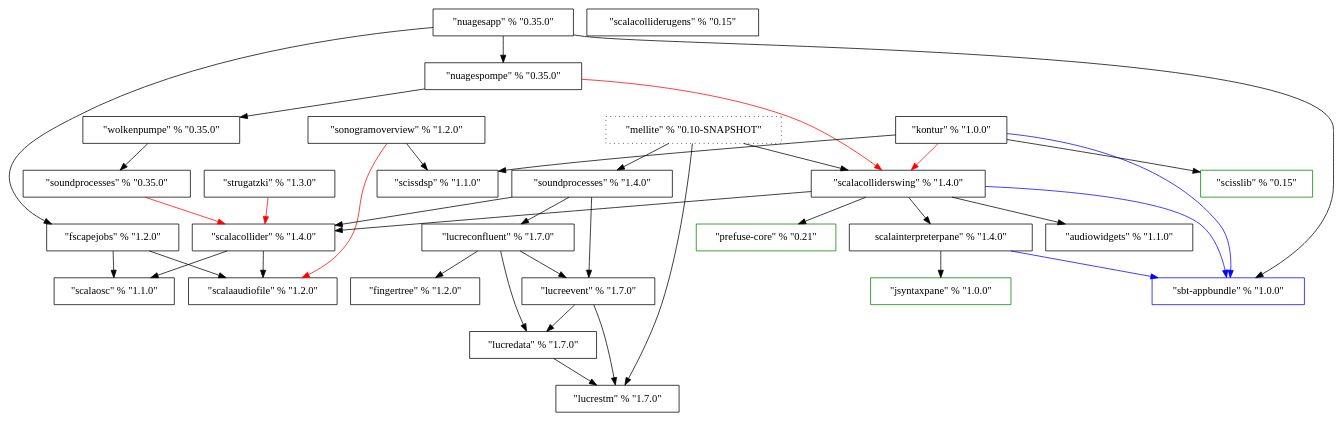
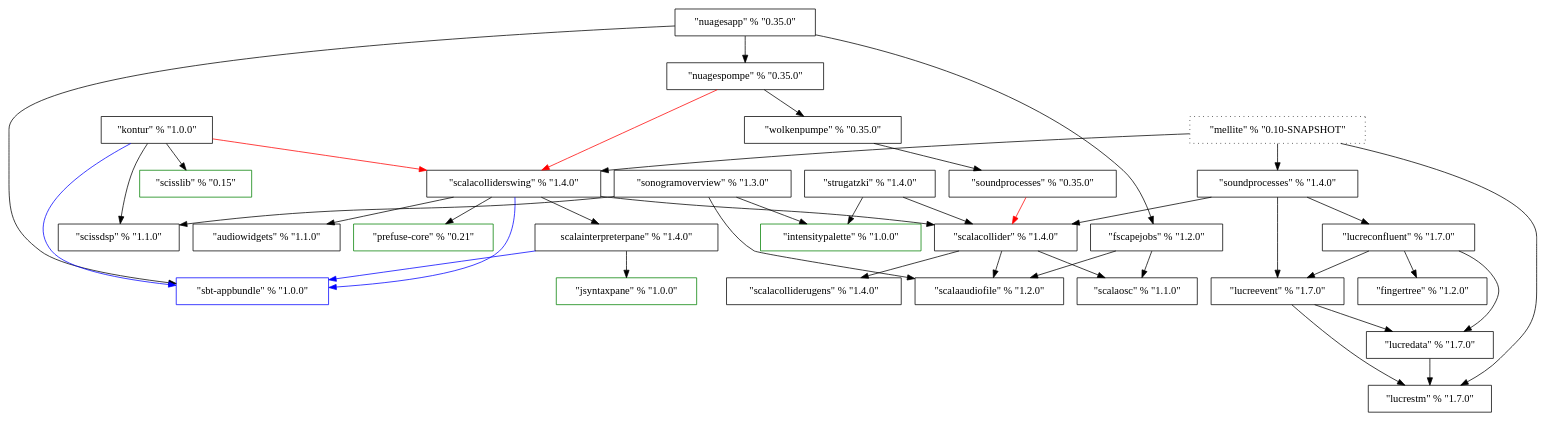
One commit to Sciss/HistoricalCode changed the diagram in ProjectDependencies/dep.dot. Above: the diagram before and after it, drawn with Graphviz.

```diff
--- a/ProjectDependencies/dep.dot
+++ b/ProjectDependencies/dep.dot
@@ -1,75 +1,79 @@
 digraph G {
 	ScalaOSC [label="\"scalaosc\" % \"1.1.0\"", shape=box];
 	ScalaAudioFile [label="\"scalaaudiofile\" % \"1.2.0\"", shape=box];
 	FScapeJobs [label="\"fscapejobs\" % \"1.2.0\"", shape=box];
 	AudioWidgets [label="\"audiowidgets\" % \"1.1.0\"", shape=box];
 //	ScalaAudioWidgets [label="\"scalaaudiowidgets\" % \"1.0.0\"", shape=box, color=red];
 	SbtAppbundle [label="\"sbt-appbundle\" % \"1.0.0\"", shape=Box, color=blue];
 	ScissDSP [label="\"scissdsp\" % \"1.1.0\"", shape=Box];
-	SonogramOverview [label="\"sonogramoverview\" % \"1.2.0\"", shape=Box];
+	SonogramOverview [label="\"sonogramoverview\" % \"1.3.0\"", shape=Box];
 	ScalaCollider [label="\"scalacollider\" % \"1.4.0\"", shape=Box];
-	Strugatzki [label="\"strugatzki\" % \"1.3.0\"", shape=Box];
+	ScalaColliderUGens [label="\"scalacolliderugens\" % \"1.4.0\"", shape=Box];
+	ScalaColliderSwing [label="\"scalacolliderswing\" % \"1.4.0\"", shape=Box];
+	IntensityPalette [label="\"intensitypalette\" % \"1.0.0\"", shape=Box, color=green];
+	Strugatzki [label="\"strugatzki\" % \"1.4.0\"", shape=Box];
 	JSyntaxPane [label="\"jsyntaxpane\" % \"1.0.0\"", shape=Box, color=green];
 	ScalaInterpreterPane [label="\scalainterpreterpane\" % \"1.4.0\"", shape=Box];
 	PrefuseCore [label="\"prefuse-core\" % \"0.21\"", shape=Box, color=green];
-	ScalaColliderSwing [label="\"scalacolliderswing\" % \"1.4.0\"", shape=Box];
 	SoundProcesses_OLD [label="\"soundprocesses\" % \"0.35.0\"", shape=Box];
 	Wolkenpumpe [label="\"wolkenpumpe\" % \"0.35.0\"", shape=Box];
 	NuagesPompe [label="\"nuagespompe\" % \"0.35.0\"", shape=Box];
 	NuagesApp [label="\"nuagesapp\" % \"0.35.0\"", shape=Box];
 	ScissLib [label="\"scisslib\" % \"0.15\"", shape=Box, color=green];
 	Kontur [label="\"kontur\" % \"1.0.0\"", shape=Box];
 	FingerTree [label="\"fingertree\" % \"1.2.0\"", shape=Box];
-	ScalaColliderUGens [label="\"scalacolliderugens\" % \"0.15\"", shape=Box];
 	LucreSTM [label="\"lucrestm\" % \"1.7.0\"", shape=Box];
 	LucreEvent [label="\"lucreevent\" % \"1.7.0\"", shape=Box];
 	LucreData [label="\"lucredata\" % \"1.7.0\"", shape=Box];
 //	LucreExpr [label="\"lucreexpr\" % \"1.4.0\"", shape=Box];
 	LucreConfluent [label="\"lucreconfluent\" % \"1.7.0\"", shape=Box];
 //	ConfluentReactive [label="\"confluentreactive\" % \"1.5.0\"", shape=Box];
 	SoundProcesses [label="\"soundprocesses\" % \"1.4.0\"", shape=Box];
 	Mellite [label="\"mellite\" % \"0.10-SNAPSHOT\"", shape=Box, style=dotted];
 	
 	FScapeJobs -> ScalaOSC;
 	FScapeJobs -> ScalaAudioFile;
 //	ScalaAudioWidgets -> AudioWidgets [color=red];
-	SonogramOverview -> ScalaAudioFile [color=red];
+	SonogramOverview -> ScalaAudioFile;
 	SonogramOverview -> ScissDSP;
+	SonogramOverview -> IntensityPalette;
+	ScalaCollider -> ScalaColliderUGens;
 	ScalaCollider -> ScalaOSC;
 	ScalaCollider -> ScalaAudioFile;
-	Strugatzki -> ScalaCollider [color=red];
+	Strugatzki -> ScalaCollider;
+	Strugatzki -> IntensityPalette;
 	ScalaInterpreterPane -> JSyntaxPane;
 	ScalaInterpreterPane -> SbtAppbundle [color=blue];
 	ScalaColliderSwing -> SbtAppbundle [color=blue];
 	ScalaColliderSwing -> ScalaCollider;
 	ScalaColliderSwing -> ScalaInterpreterPane;
 	ScalaColliderSwing -> PrefuseCore;
 	ScalaColliderSwing -> AudioWidgets;
 	SoundProcesses_OLD -> ScalaCollider [color=red];
 	Wolkenpumpe -> SoundProcesses_OLD;
 	NuagesPompe -> Wolkenpumpe;
 	NuagesPompe -> ScalaColliderSwing [color=red];
 	NuagesApp -> SbtAppbundle;
 	NuagesApp -> NuagesPompe;
 	NuagesApp -> FScapeJobs;
 	Kontur -> SbtAppbundle [color=blue];
 	Kontur -> ScalaColliderSwing [color=red];
 	Kontur -> ScissDSP;
 	Kontur -> ScissLib;
 	LucreEvent -> LucreSTM;
    LucreEvent -> LucreData;
 	LucreData -> LucreSTM;
 //   LucreExpr -> LucreData [color=red];
 //   LucreExpr -> LucreEvent [color=red];
 	LucreConfluent -> FingerTree;
 	LucreConfluent -> LucreData;
 	LucreConfluent -> LucreEvent;
 //   ConfluentReactive -> LucreConfluent;
 //	ConfluentReactive -> LucreEvent [color=red];
 	SoundProcesses -> ScalaCollider;
 	SoundProcesses -> LucreConfluent;
 	SoundProcesses -> LucreEvent;
 	Mellite -> SoundProcesses;
 	Mellite -> ScalaColliderSwing;
 	Mellite -> LucreSTM;
 }
```
